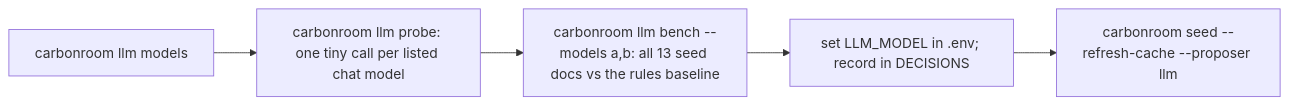
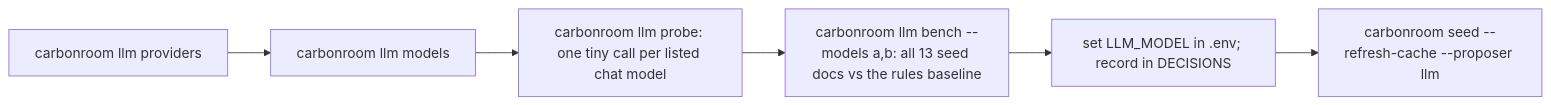
The second of 2 diagrams in docs/features/llm.md (HodeX7/Audit.CO2), drawn with Mermaid before and after one commit. The commit also changed other lines of this file and 10 other files, not shown here.

First line of the commit message:
feat: model-agnostic LLM layer (any provider, per-task models, pluggable SDKs)

````diff
--- a/docs/features/llm.md
+++ b/docs/features/llm.md
@@ -32,7 +65,8 @@
 ```mermaid
 flowchart LR
-  M["carbonroom llm models"] --> P["carbonroom llm probe: one tiny call per listed chat model"]
+  L["carbonroom llm providers"] --> M["carbonroom llm models"]
+  M --> P["carbonroom llm probe: one tiny call per listed chat model"]
   P --> B["carbonroom llm bench --models a,b: all 13 seed docs vs the rules baseline"]
   B --> E["set LLM_MODEL in .env; record in DECISIONS"]
   E --> R["carbonroom seed --refresh-cache --proposer llm"]
 ```
````
